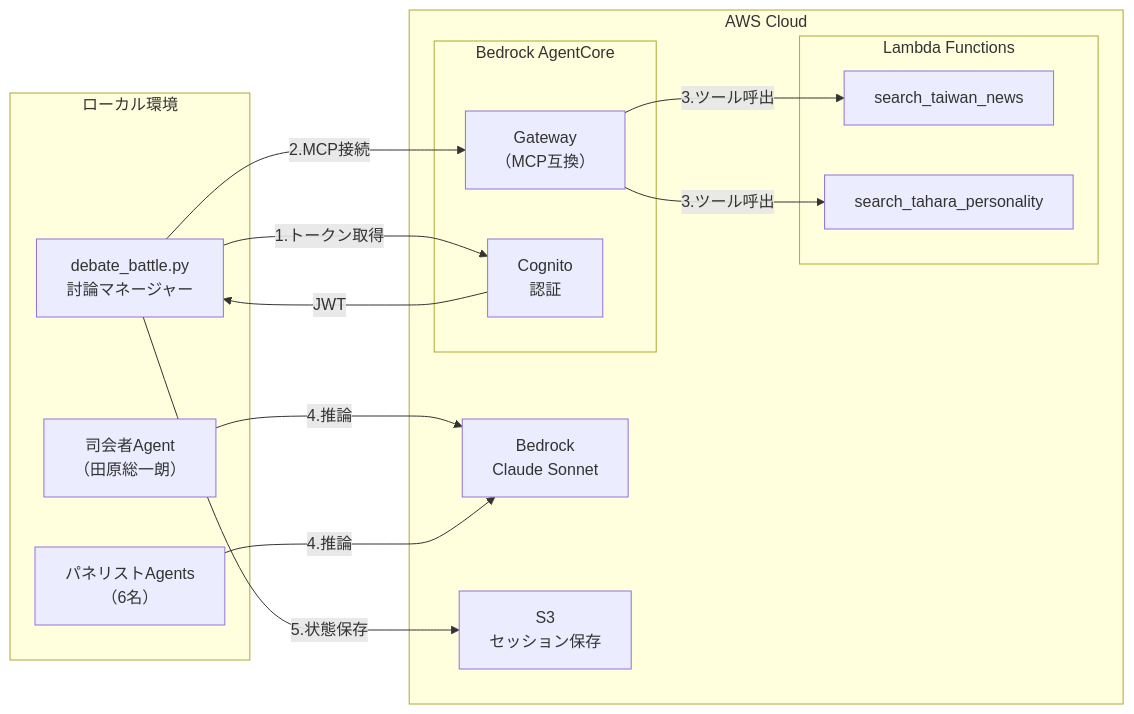
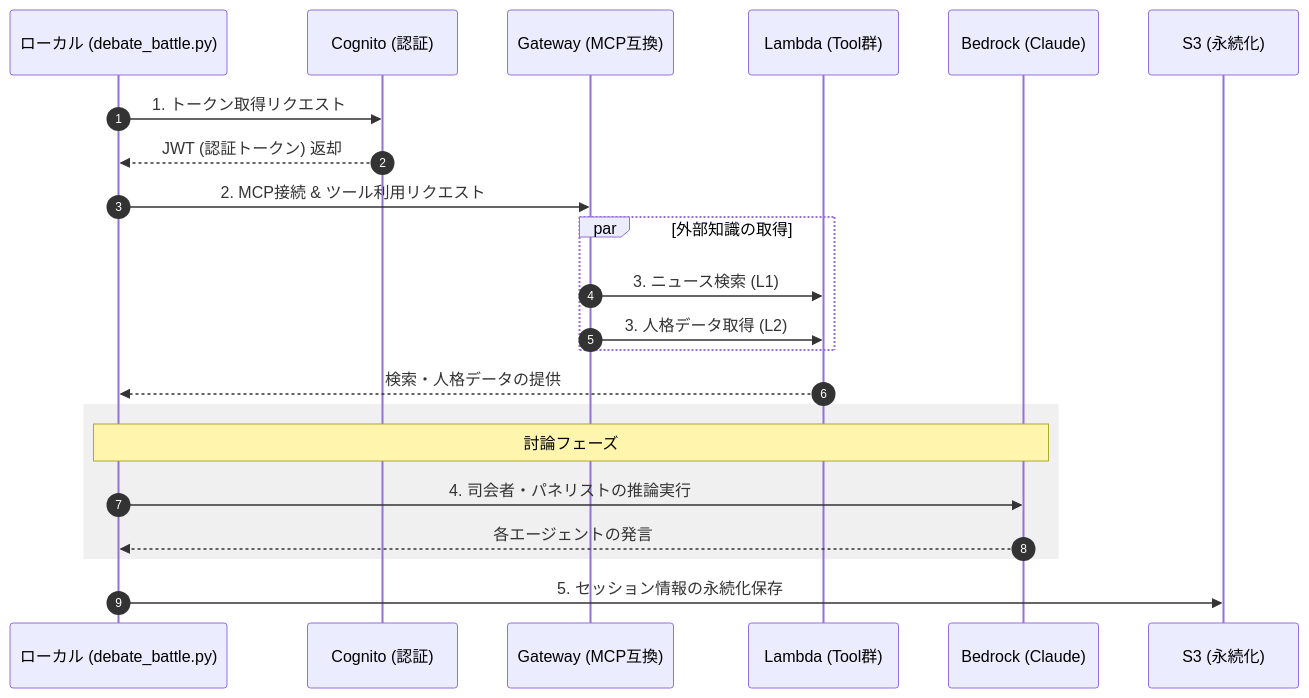
One commit to awk256/strandsagents changed the diagram in 70.サンプルコード/70-30-011.朝まで生テレビーAgentCore版＋.md. Above: the diagram before and after it, drawn with Mermaid. The commit also changed other lines of this file and 27 other files, not shown here.

````diff
--- a/70.サンプルコード/70-30-011.朝まで生テレビーAgentCore版＋.md
+++ b/70.サンプルコード/70-30-011.朝まで生テレビーAgentCore版＋.md
@@ -13,34 +12,28 @@
 ```mermaid
-flowchart LR
-    subgraph Local["ローカル環境"]
-        Main["debate_battle.py<br/>討論マネージャー"]
-        Mod["司会者Agent<br/>（田原総一朗）"]
-        Pan["パネリストAgents<br/>（6名）"]
+sequenceDiagram
+    autonumber
+    participant Local as ローカル (debate_battle.py)
+    participant Auth as Cognito (認証)
+    participant GW as Gateway (MCP互換)
+    participant Lambda as Lambda (Tool群)
+    participant Bedrock as Bedrock (Claude)
+    participant S3 as S3 (永続化)
+
+    Local->>Auth: 1. トークン取得リクエスト
+    Auth-->>Local: JWT (認証トークン) 返却
+    
+    Local->>GW: 2. MCP接続 & ツール利用リクエスト
+    par 外部知識の取得
+        GW->>Lambda: 3. ニュース検索 (L1)
+        GW->>Lambda: 3. 人格データ取得 (L2)
+    end
+    Lambda-->>Local: 検索・人格データの提供
+
+    rect rgb(240, 240, 240)
+        Note over Local, Bedrock: 討論フェーズ
+        Local->>Bedrock: 4. 司会者・パネリストの推論実行
+        Bedrock-->>Local: 各エージェントの発言
     end
 
-    subgraph AWS["AWS Cloud"]
-        subgraph AgentCore["Bedrock AgentCore"]
-            GW["Gateway<br/>（MCP互換）"]
-            Auth["Cognito<br/>認証"]
-        end
-        
-        subgraph Lambda["Lambda Functions"]
-            L1["search_taiwan_news"]
-            L2["search_tahara_personality"]
-        end
-        
-        Bedrock["Bedrock<br/>Claude Sonnet"]
-        S3["S3<br/>セッション保存"]
-    end
-
-    Main -->|"1.トークン取得"| Auth
-    Auth -->|"JWT"| Main
-    Main -->|"2.MCP接続"| GW
-    GW -->|"3.ツール呼出"| L1
-    GW -->|"3.ツール呼出"| L2
-    
-    Mod -->|"4.推論"| Bedrock
-    Pan -->|"4.推論"| Bedrock
-    
-    Main -->|"5.状態保存"| S3
+    Local->>S3: 5. セッション情報の永続化保存
 ```
````
